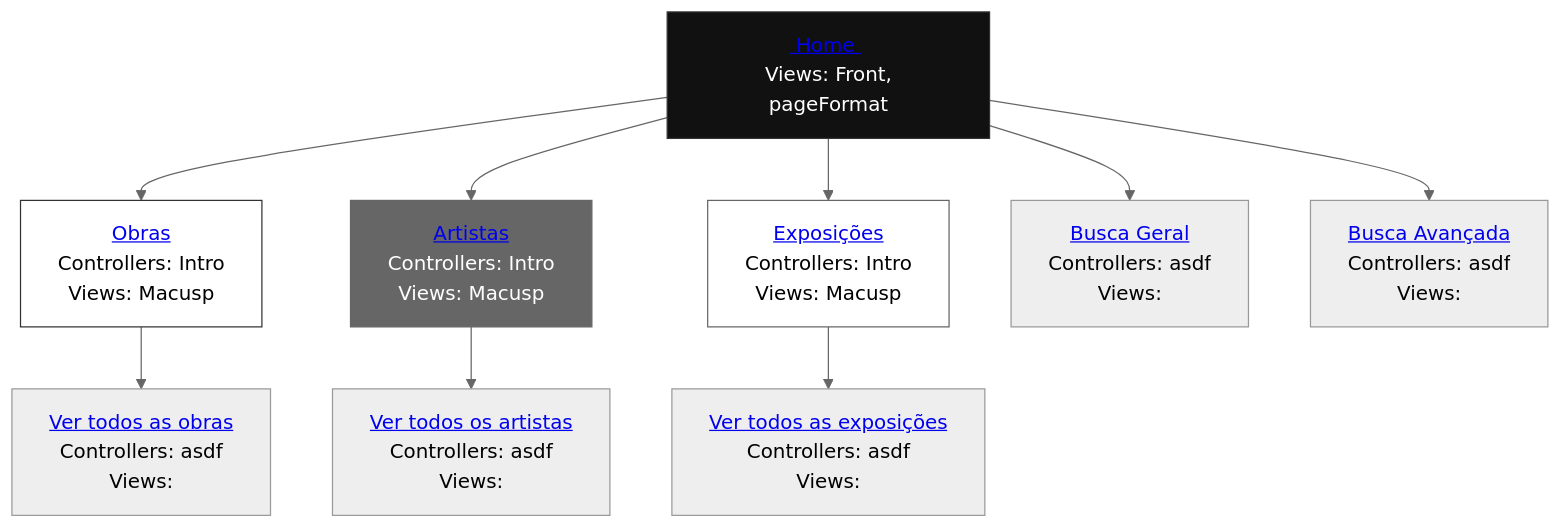
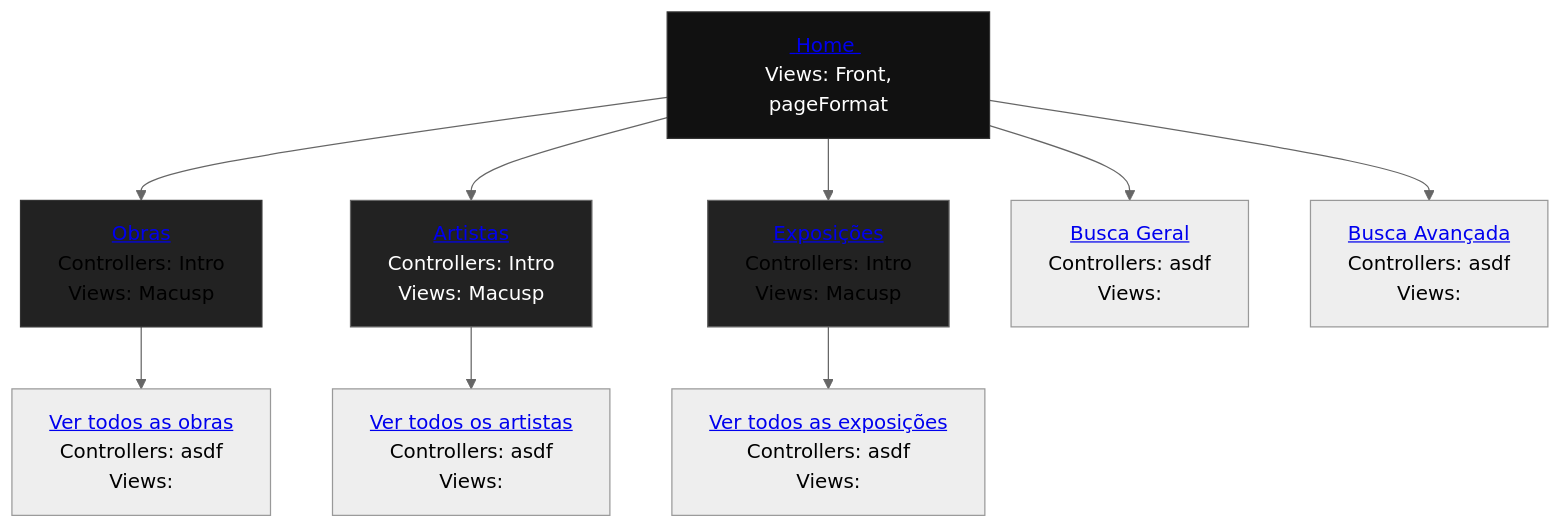
One commit to reynaldocv/macusp changed the diagram in README.md. Above: the diagram before and after it, drawn with Mermaid (neutral theme).

````diff
--- a/README.md
+++ b/README.md
@@ -245,29 +245,29 @@
 ```mermaid
 graph TD
     %% Parte superior e inferior del primer puesto
     home["           <a href='http://143.107.130.173/admacervo/macusp/index.php'> Home </a> <br> Views: Front, pageFormat"]
     works["          <a href='http://143.107.130.173/admacervo/macusp/index.php/Intro/works'>Obras</a>      <br> Controllers: Intro <br> Views: Macusp"]
     artists["        <a href='http://143.107.130.173/admacervo/macusp/index.php/Intro/artists'>Artistas</a>  <br> Controllers: Intro <br> Views: Macusp"]
     exhibitions["    <a href='http://143.107.130.173/admacervo/macusp/index.php/Intro/exhibitions'>Exposições</a> <br> Controllers: Intro <br> Views: Macusp"]
     search["         <a href='https://link.com'> Busca Geral </a> <br>  Controllers: asdf <br>  Views: "]
     advancedSearch[" <a href='https://link.com'> Busca Avançada</a> <br>  Controllers: </strong> asdf <br>  Views: "]
     viewWorks[" <a href='https://link.com'> Ver todos as obras</a> <br>  Controllers: </strong> asdf <br>  Views: "]
     viewArtists[" <a href='https://link.com'> Ver todos os artistas</a> <br>  Controllers: </strong> asdf <br>  Views: "]
     viewExhibitions[" <a href='https://link.com'> Ver todos as exposições</a> <br>  Controllers: </strong> asdf <br>  Views: "]
     
     %% Conexión del organigrama (une la parte inferior de uno con la superior del otro)
     home --> works
     home --> artists
     home --> exhibitions
     home --> search
     home --> advancedSearch
     works --> viewWorks
     artists --> viewArtists    
     exhibitions --> viewExhibitions
 
     %% Estilos para que parezcan una sola pieza
     style home fill:#111,stroke:#333,color:#fff
-    style works fill:#fff,stroke:#333
-    style artists fill:#666,stroke:#666,color:#fff
-    style exhibitions fill:#fff,stroke:#666
+    style works fill:#222,stroke:#333
+    style artists fill:#222,stroke:#666,color:#fff
+    style exhibitions fill:#222,stroke:#666
 ```
````
